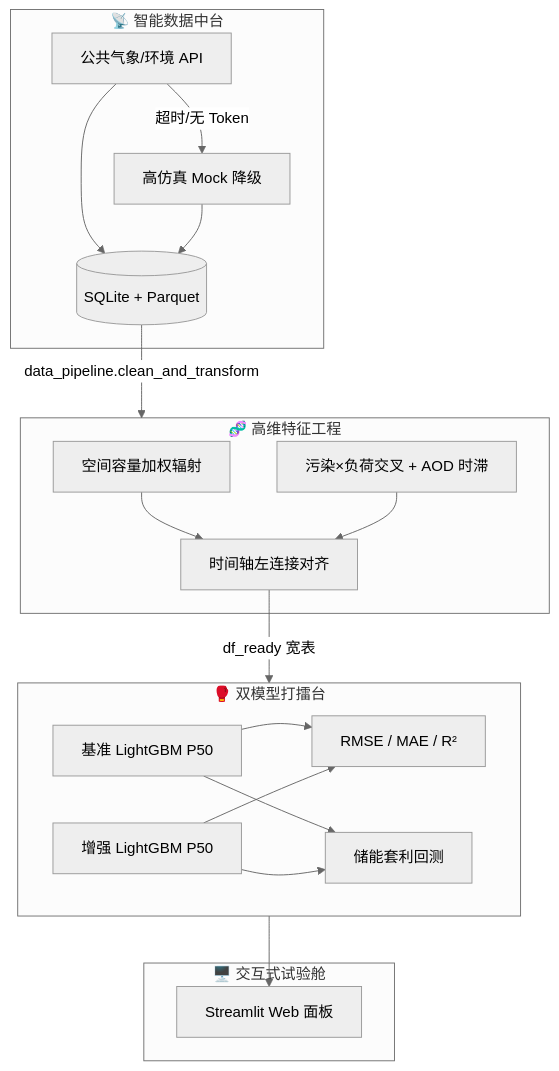
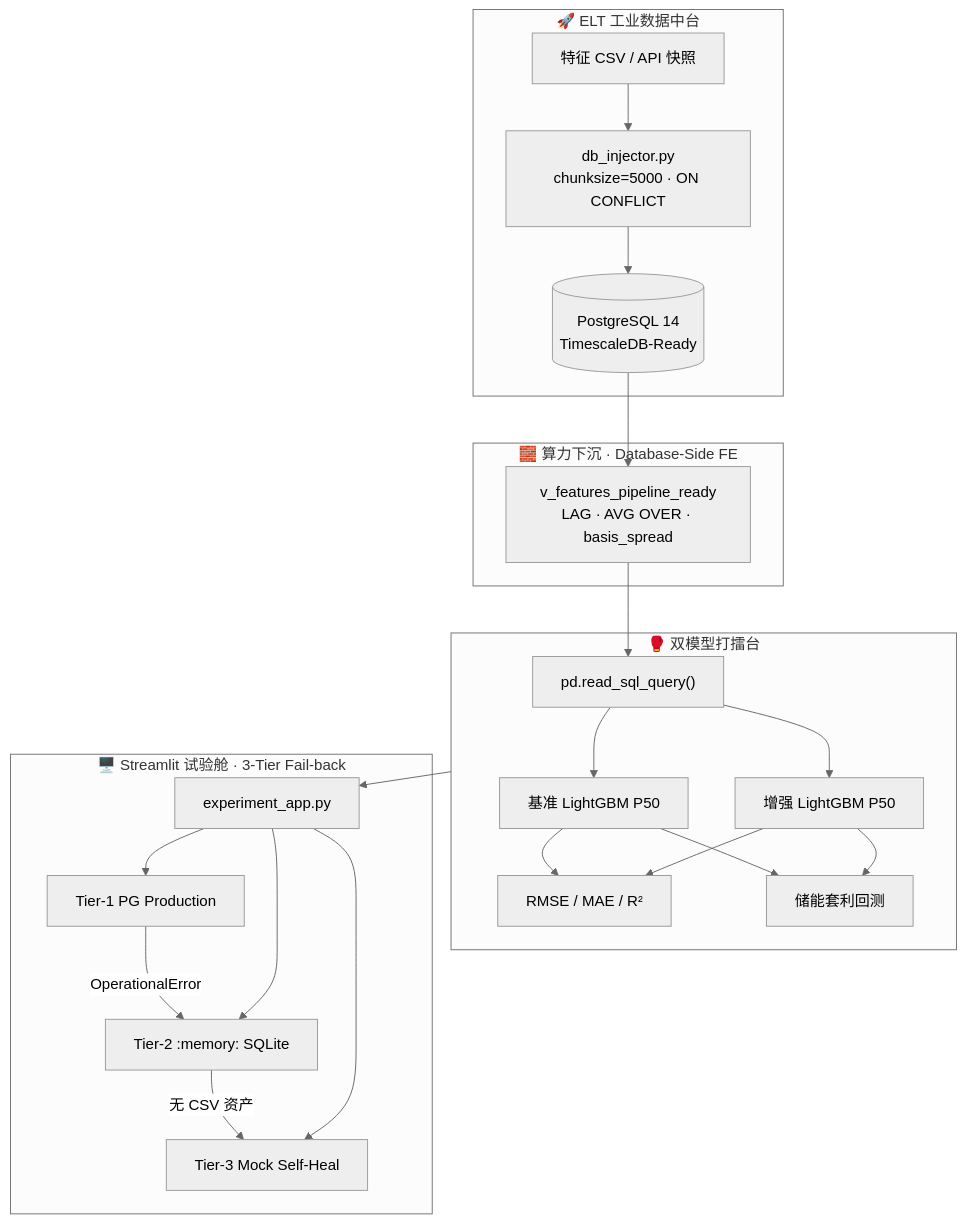
One commit to caolei0830/AI-Power-Market-Environment-Quant-Sandbox changed the first of 3 diagrams in README.md. Above: the diagram before and after it, drawn with Mermaid (neutral theme). The commit also changed other lines of this file, not shown here.

Commit message:
docs: 深度追加 PostgreSQL 关系型 Schema、SQL 窗口函数防泄露机制与三级容灾架构技术文档

````diff
--- a/README.md
+++ b/README.md
@@ -29,35 +33,38 @@
 ```mermaid
 flowchart TB
-    subgraph ingest [📡 智能数据中台]
-        API[公共气象/环境 API]
-        Mock[高仿真 Mock 降级]
-        API -->|超时/无 Token| Mock
-        API --> DB[(SQLite + Parquet)]
-        Mock --> DB
+    subgraph elt [🚀 ELT 工业数据中台]
+        CSV[特征 CSV / API 快照]
+        INJ[db_injector.py<br/>chunksize=5000 · ON CONFLICT]
+        CSV --> INJ
+        INJ --> PG[(PostgreSQL 14<br/>TimescaleDB-Ready)]
     end
 
-    subgraph fe [🧬 高维特征工程]
-        RAD[空间容量加权辐射]
-        POL[污染×负荷交叉 + AOD 时滞]
-        ALIGN[时间轴左连接对齐]
-        RAD --> ALIGN
-        POL --> ALIGN
+    subgraph sqlfe [🧱 算力下沉 · Database-Side FE]
+        VIEW[v_features_pipeline_ready<br/>LAG · AVG OVER · basis_spread]
+        PG --> VIEW
     end
 
     subgraph ml [🥊 双模型打擂台]
-        BENCH[基准 LightGBM P50]
-        ENH[增强 LightGBM P50]
+        SQLQ["pd.read_sql_query()"]
+        VIEW --> SQLQ
+        SQLQ --> BENCH[基准 LightGBM P50]
+        SQLQ --> ENH[增强 LightGBM P50]
         BENCH --> METRICS[RMSE / MAE / R²]
         ENH --> METRICS
         BENCH --> STORAGE[储能套利回测]
         ENH --> STORAGE
     end
 
-    subgraph ui [🖥️ 交互式试验舱]
-        APP[Streamlit Web 面板]
+    subgraph ui [🖥️ Streamlit 试验舱 · 3-Tier Fail-back]
+        T1[Tier-1 PG Production]
+        T2[Tier-2 :memory: SQLite]
+        T3[Tier-3 Mock Self-Heal]
+        T1 -->|OperationalError| T2
+        T2 -->|无 CSV 资产| T3
+        APP[experiment_app.py] --> T1
+        APP --> T2
+        APP --> T3
     end
 
-    DB -->|data_pipeline.clean_and_transform| fe
-    ALIGN -->|df_ready 宽表| ml
     ml --> APP
 ```
````
